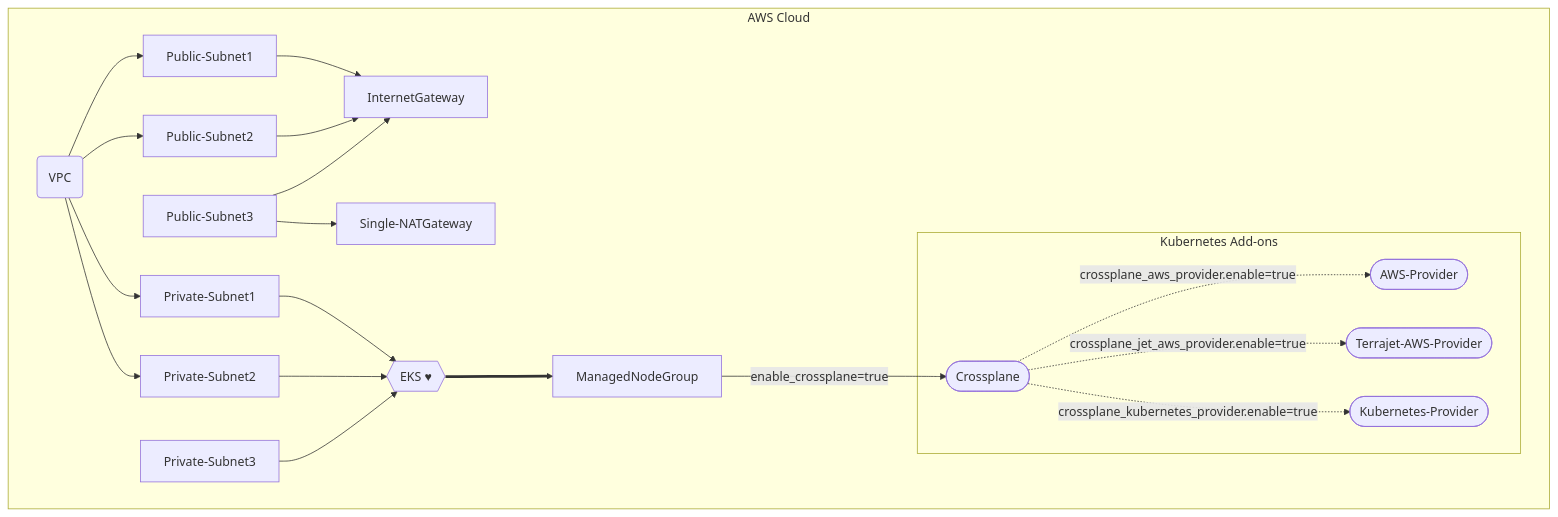
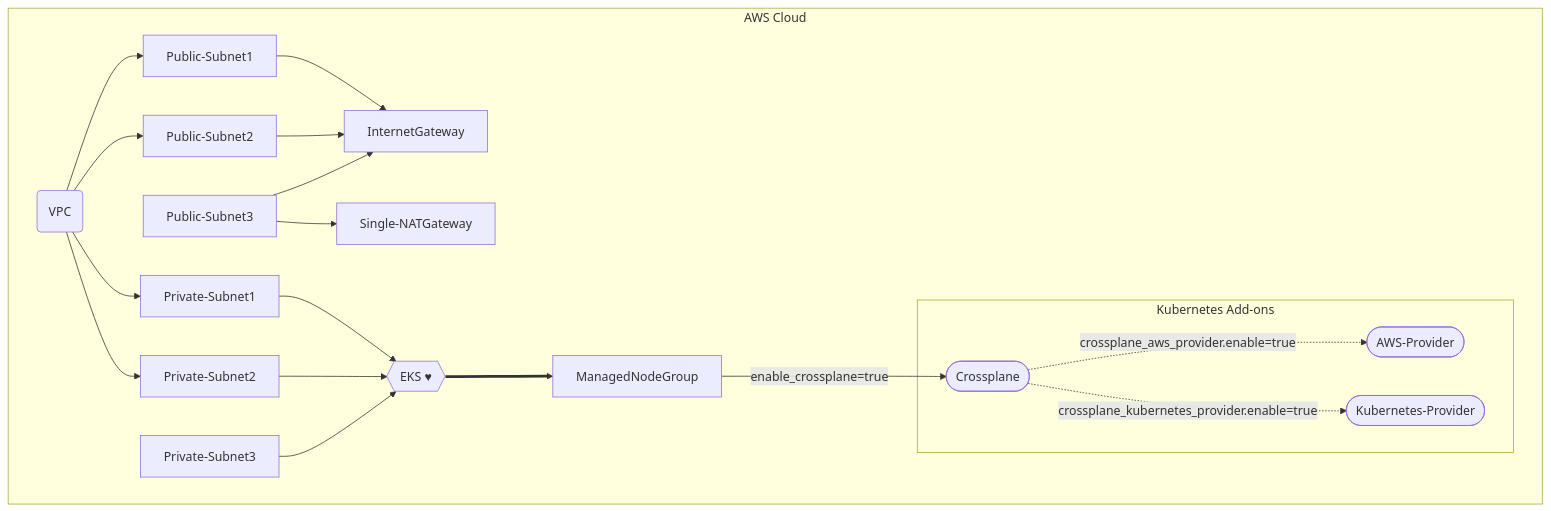
One commit to awslabs/crossplane-on-eks changed the diagram in bootstrap/terraform/README.md. Above: the diagram before and after it, drawn with Mermaid. The commit also changed other lines of this file and 6 other files, not shown here.

````diff
--- a/bootstrap/terraform/README.md
+++ b/bootstrap/terraform/README.md
@@ -14,23 +13,22 @@
 ```mermaid
 graph TD;
     subgraph AWS Cloud
     id1(VPC)-->Private-Subnet1;
     id1(VPC)-->Private-Subnet2;
     id1(VPC)-->Public-Subnet1;
     id1(VPC)-->Public-Subnet2;
     Public-Subnet1-->InternetGateway
     Public-Subnet2-->InternetGateway
     Public-Subnet3-->InternetGateway
     Public-Subnet3-->Single-NATGateway
     Private-Subnet1-->EKS{{"EKS #9829;"}}
     Private-Subnet2-->EKS
     Private-Subnet3-->EKS
     EKS==>ManagedNodeGroup;
     ManagedNodeGroup-->|enable_crossplane=true|id2([Crossplane]);
     subgraph Kubernetes Add-ons
     id2([Crossplane])-.->|crossplane_aws_provider.enable=true|id3([AWS-Provider]);
-    id2([Crossplane])-.->|crossplane_jet_aws_provider.enable=true|id4([Terrajet-AWS-Provider]);
-    id2([Crossplane])-.->|crossplane_kubernetes_provider.enable=true|id5([Kubernetes-Provider]);
+    id2([Crossplane])-.->|crossplane_kubernetes_provider.enable=true|id4([Kubernetes-Provider]);
     end
     end
 ```
````
